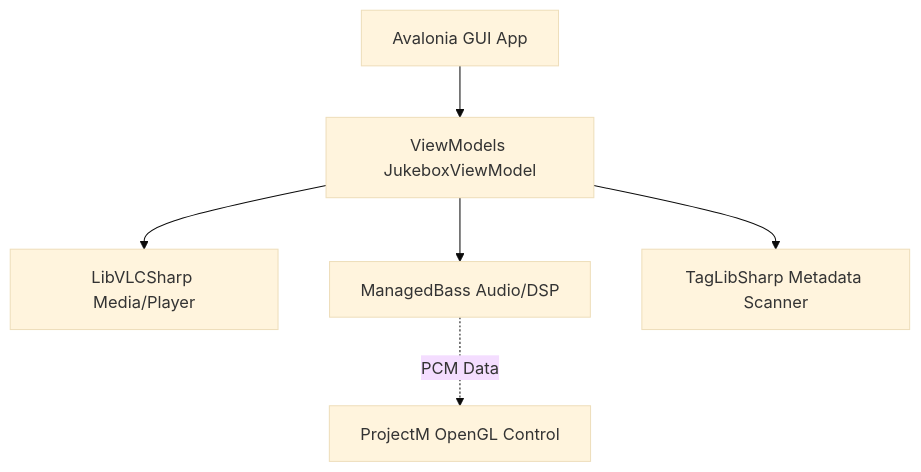
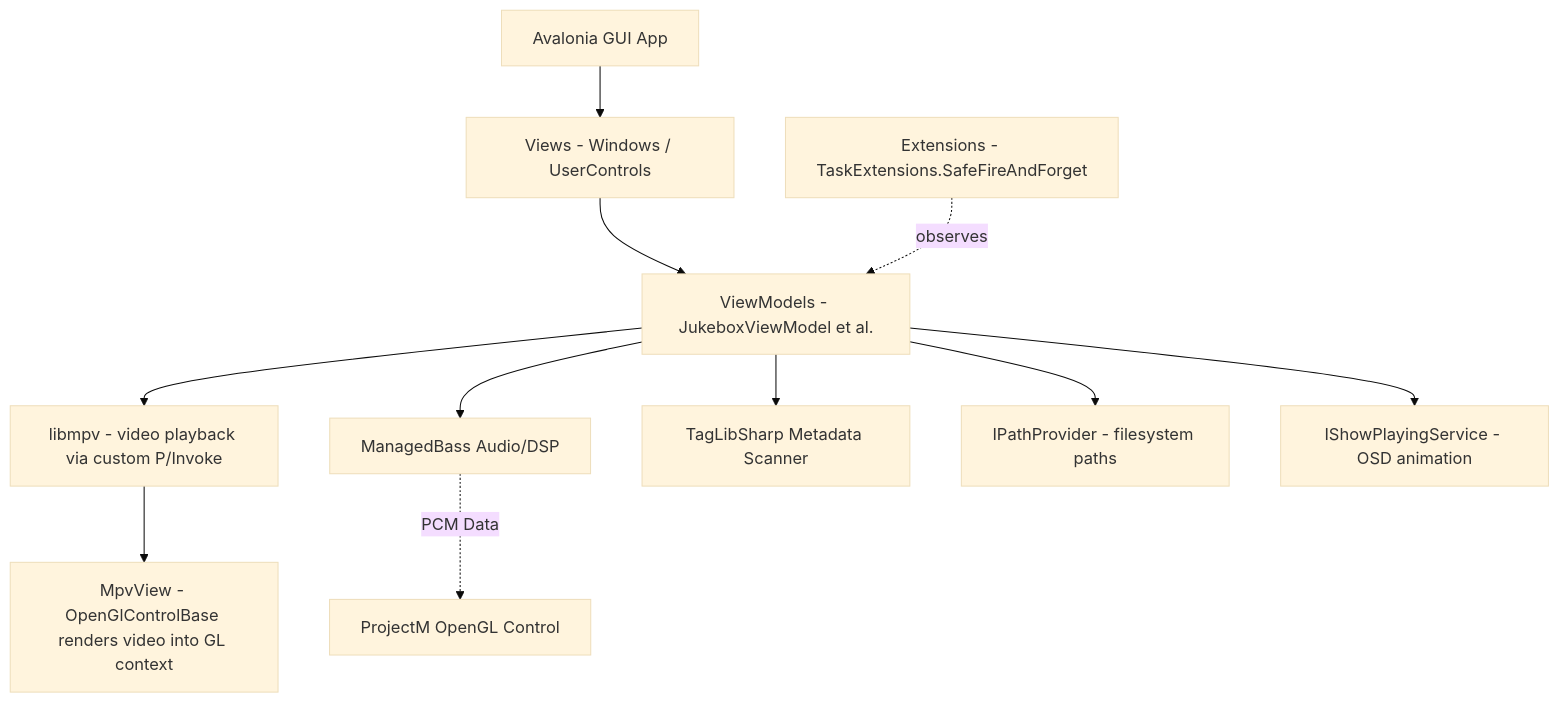
The diagram in ARCHITECTURE.md (RobG66/Jukebox), drawn with Mermaid (base theme) before and after one commit. The commit also changed other lines of this file and 36 other files, not shown here.

Commit message:
Refactor architecture, migrate to libmpv, and clean up dependencies

````diff
--- a/ARCHITECTURE.md
+++ b/ARCHITECTURE.md
@@ -16,8 +22,13 @@
 ```mermaid
 graph TD
-    App[Avalonia GUI App] --> ViewModels[ViewModels JukeboxViewModel]
-    ViewModels --> VLC[LibVLCSharp Media/Player]
+    App[Avalonia GUI App] --> Views[Views - Windows / UserControls]
+    Views --> ViewModels[ViewModels - JukeboxViewModel et al.]
+    ViewModels --> Mpv[libmpv - video playback via custom P/Invoke]
     ViewModels --> Bass[ManagedBass Audio/DSP]
+    Mpv --> MpvView[MpvView - OpenGlControlBase renders video into GL context]
     Bass -. PCM Data .-> Visualizer[ProjectM OpenGL Control]
     ViewModels --> TagLib[TagLibSharp Metadata Scanner]
+    ViewModels --> PathProvider[IPathProvider - filesystem paths]
+    ViewModels --> ShowPlaying[IShowPlayingService - OSD animation]
+    Extensions[Extensions - TaskExtensions.SafeFireAndForget] -. observes .-> ViewModels
 ```
````
